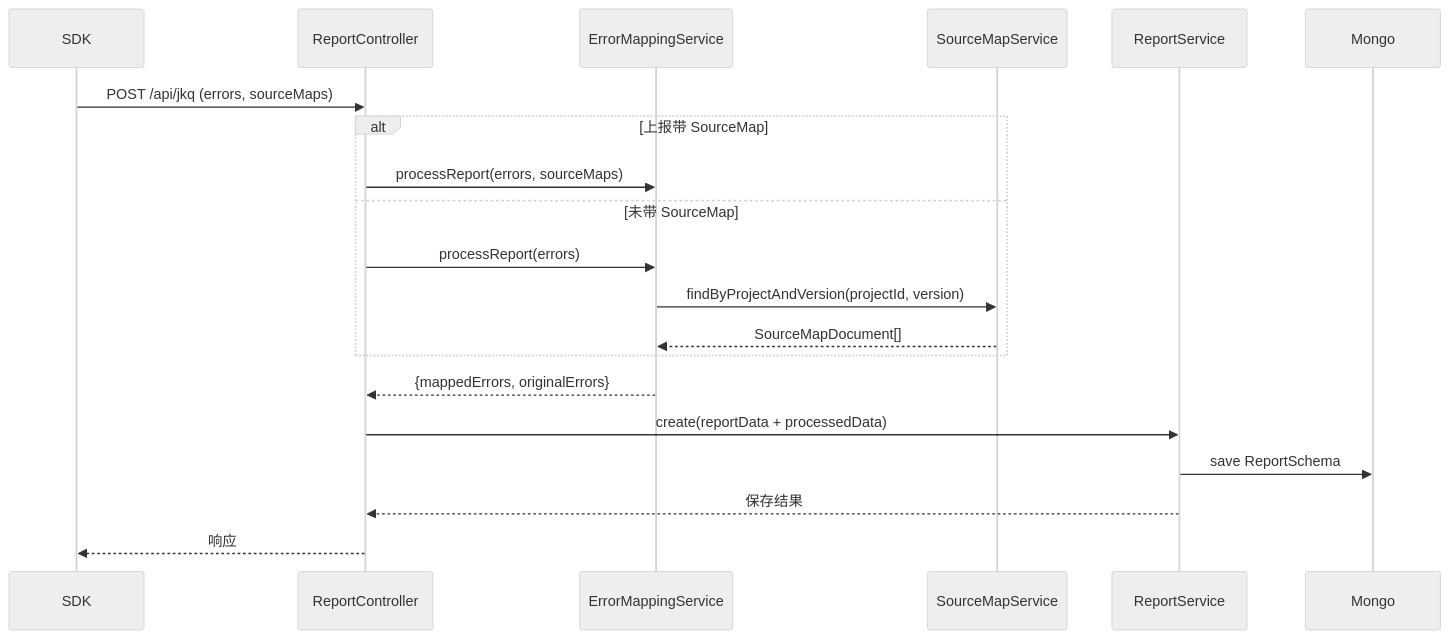
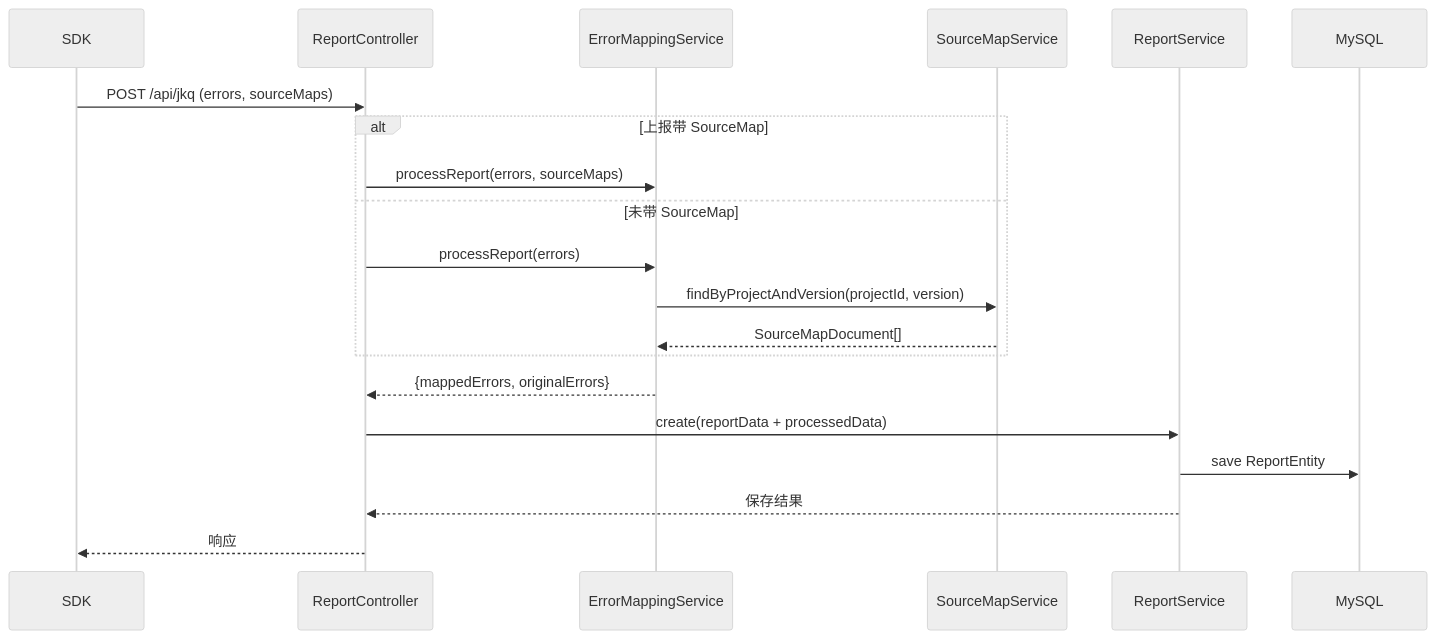
Before and after one commit to jiakaiqiang/Intelligent-Monitoring-System: the second of 2 diagrams in packages/server/detail.md, drawn with Mermaid (neutral theme). The commit also changed other lines of this file and 35 other files, not shown here.

````diff
--- a/packages/server/detail.md
+++ b/packages/server/detail.md
@@ -39,23 +39,23 @@
 ```mermaid
 sequenceDiagram
   participant SDK
   participant ReportCtrl as ReportController
   participant ErrMap as ErrorMappingService
   participant SMsvc as SourceMapService
   participant Repo as ReportService
-  participant Mongo
+  participant MySQL
 
   SDK->>ReportCtrl: POST /api/jkq (errors, sourceMaps)
   alt 上报带 SourceMap
     ReportCtrl->>ErrMap: processReport(errors, sourceMaps)
   else 未带 SourceMap
     ReportCtrl->>ErrMap: processReport(errors)
     ErrMap->>SMsvc: findByProjectAndVersion(projectId, version)
     SMsvc-->>ErrMap: SourceMapDocument[]
   end
   ErrMap-->>ReportCtrl: {mappedErrors, originalErrors}
   ReportCtrl->>Repo: create(reportData + processedData)
-  Repo->>Mongo: save ReportSchema
+  Repo->>MySQL: save ReportEntity
   Repo-->>ReportCtrl: 保存结果
   ReportCtrl-->>SDK: 响应
 ```
````
